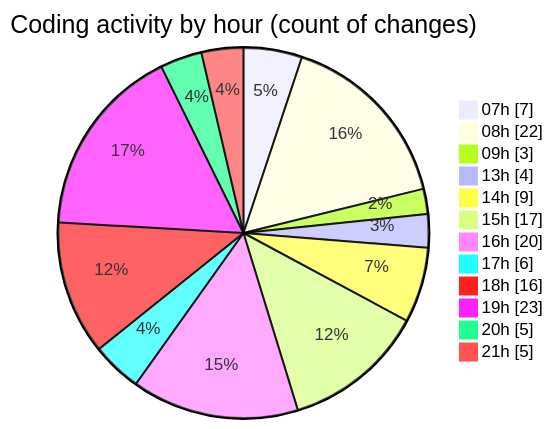
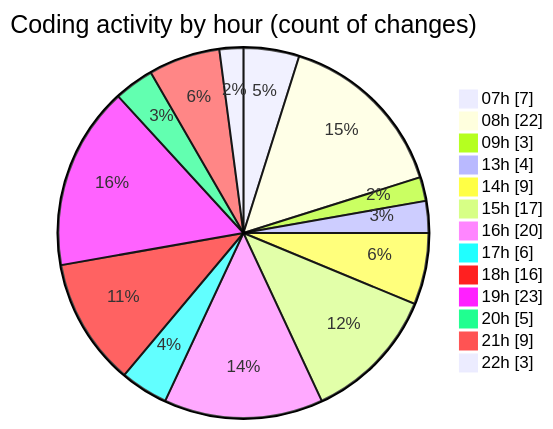
One commit to Elitesun/code-tracking changed the second of 2 diagrams in 2025-05-04/niten/README.md. Above: the diagram before and after it, drawn with Mermaid. The commit also changed other lines of this file and 1 other file, not shown here.

````diff
--- a/2025-05-04/niten/README.md
+++ b/2025-05-04/niten/README.md
@@ -63,16 +66,17 @@
 ```mermaid
 pie showData
 title Coding activity by hour (count of changes)
 "07h" : 7
 "08h" : 22
 "09h" : 3
 "13h" : 4
 "14h" : 9
 "15h" : 17
 "16h" : 20
 "17h" : 6
 "18h" : 16
 "19h" : 23
 "20h" : 5
-"21h" : 5
+"21h" : 9
+"22h" : 3
 ```
````
